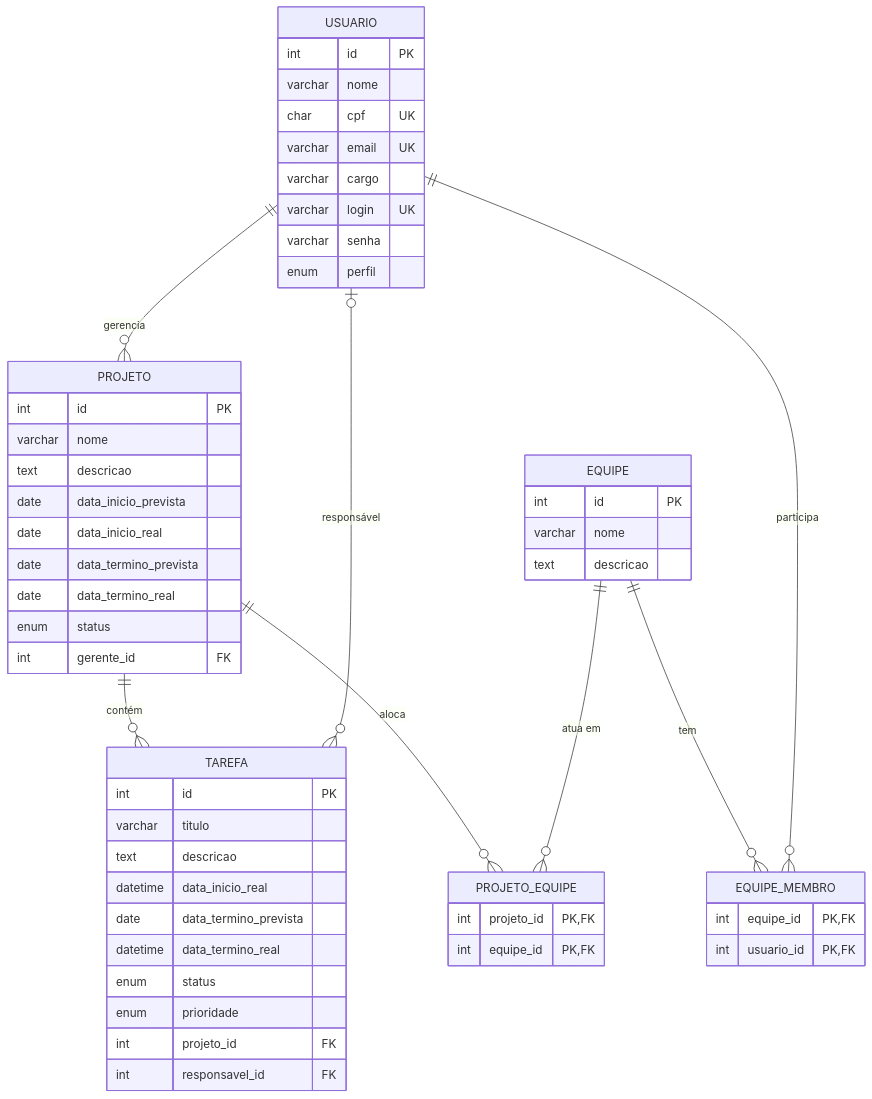
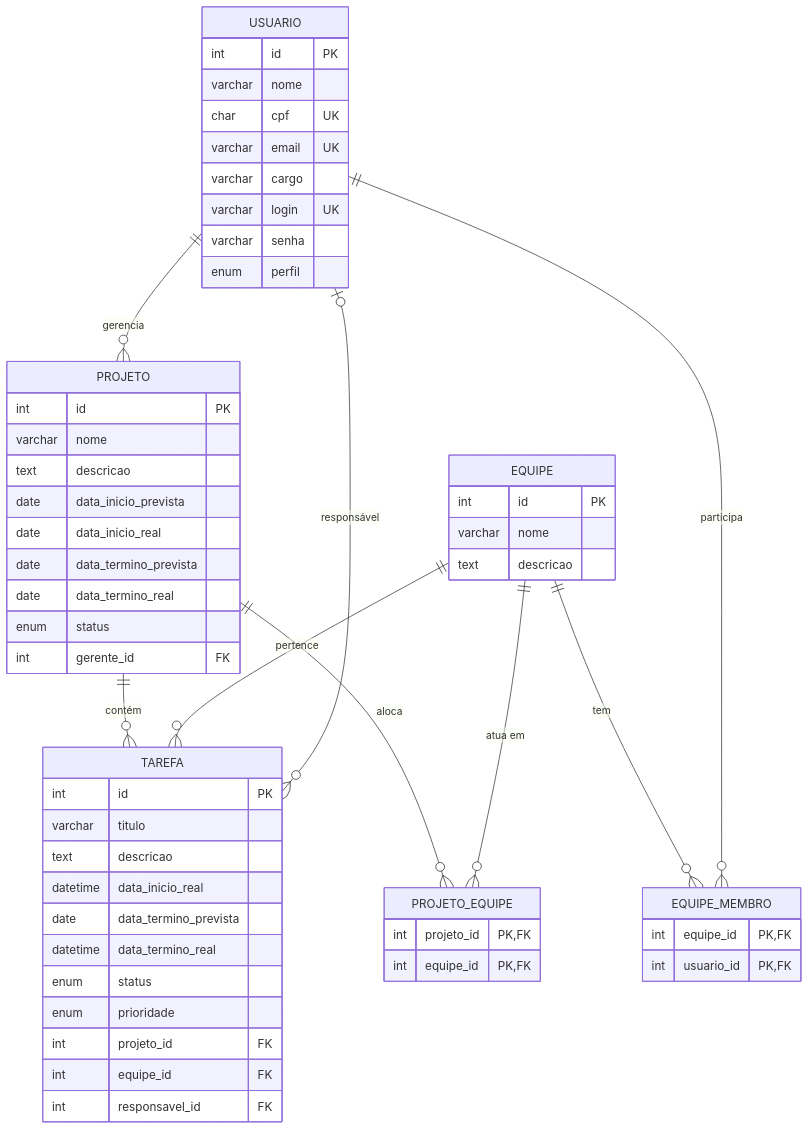
One commit to nbzabeu-coder/A3_GestaoProjetos changed the diagram in design/diagrama-er.md. Above: the diagram before and after it, drawn with Mermaid. The commit also changed 7 other files, not shown here.

Commit message:
Adiciona classe Equipe e relacionamento Tarefa-Equipe (Tarefa 5 parcial)

````diff
--- a/design/diagrama-er.md
+++ b/design/diagrama-er.md
@@ -6,65 +6,67 @@
 ```mermaid
 erDiagram
     
     USUARIO {
         int id PK
         varchar nome
         char cpf UK
         varchar email UK
         varchar cargo
         varchar login UK
         varchar senha
         enum perfil
     }
 
     PROJETO {
         int id PK
         varchar nome
         text descricao
         date data_inicio_prevista
         date data_inicio_real
         date data_termino_prevista
         date data_termino_real
         enum status
         int gerente_id FK
     }
 
     EQUIPE {
         int id PK
         varchar nome
         text descricao
     }
 
     TAREFA {
         int id PK
         varchar titulo
         text descricao
         datetime data_inicio_real
         date data_termino_prevista
         datetime data_termino_real
         enum status
         enum prioridade
         int projeto_id FK
+        int equipe_id FK
         int responsavel_id FK
     }
 
     EQUIPE_MEMBRO {
         int equipe_id PK,FK
         int usuario_id PK,FK
     }
 
     PROJETO_EQUIPE {
         int projeto_id PK,FK
         int equipe_id PK,FK
     }
 
     USUARIO ||--o{ PROJETO : "gerencia"
     PROJETO ||--o{ TAREFA : "contém"
+    EQUIPE ||--o{ TAREFA : "pertence"
     USUARIO |o--o{ TAREFA : "responsável"
     EQUIPE ||--o{ EQUIPE_MEMBRO : "tem"
     USUARIO ||--o{ EQUIPE_MEMBRO : "participa"
     PROJETO ||--o{ PROJETO_EQUIPE : "aloca"
     EQUIPE ||--o{ PROJETO_EQUIPE : "atua em"
 
 
 ```
````
